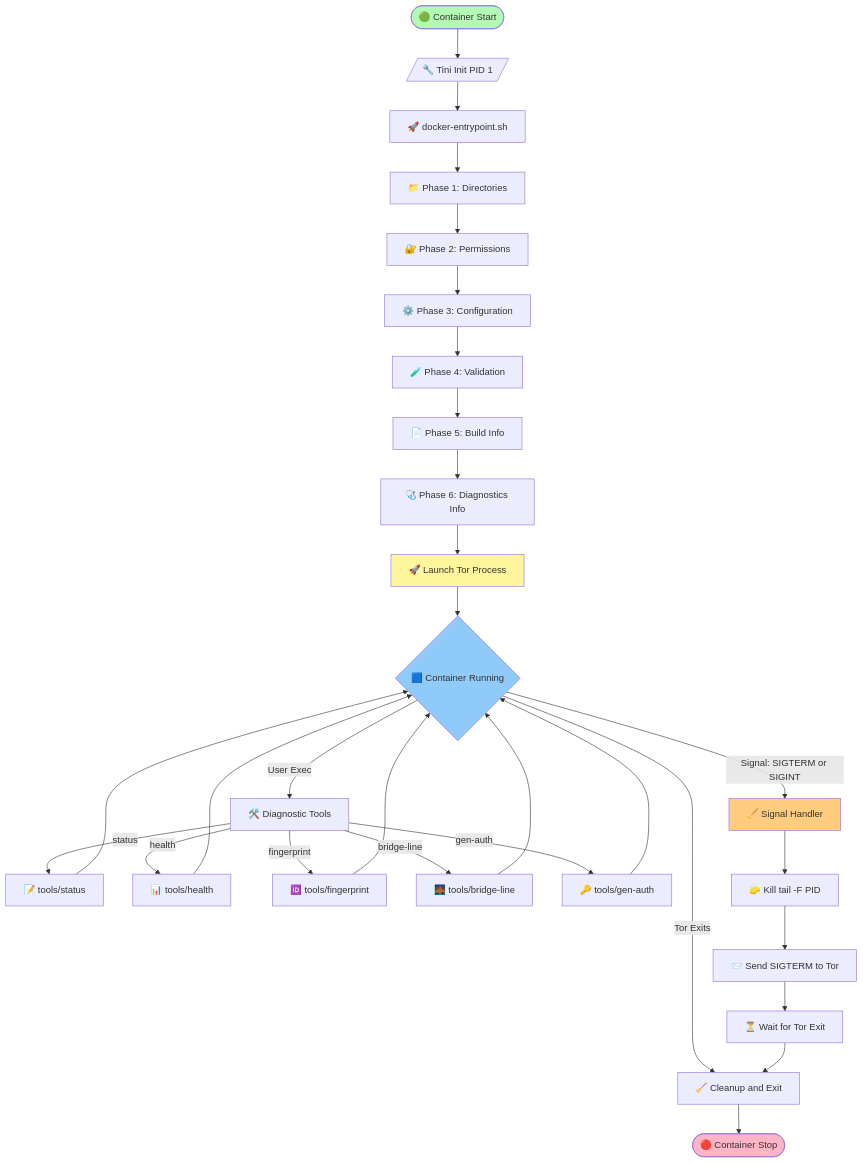
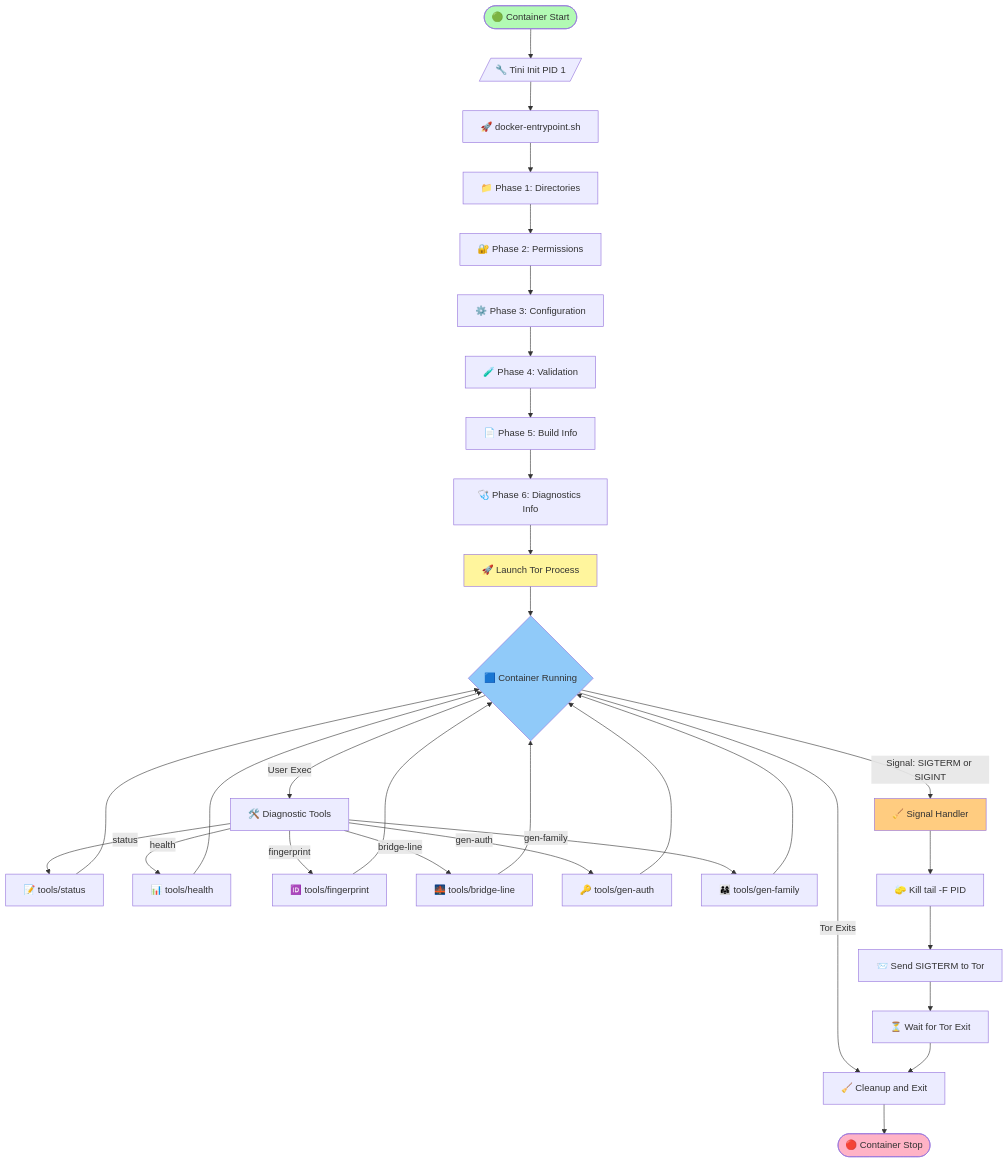
Before and after one commit to r3bo0tbx1/tor-guard-relay: the first of 13 diagrams in docs/ARCHITECTURE.md, drawn with Mermaid. The commit also changed other lines of this file and 38 other files, not shown here.

````diff
--- a/docs/ARCHITECTURE.md
+++ b/docs/ARCHITECTURE.md
@@ -37,43 +37,45 @@
 ```mermaid
 flowchart TD
     Start([🟢 Container Start]) --> Tini[/🔧 Tini Init PID 1/]
     Tini --> Entrypoint[🚀 docker-entrypoint.sh]
 
     Entrypoint --> Phase1[📁 Phase 1: Directories]
     Phase1 --> Phase2[🔐 Phase 2: Permissions]
     Phase2 --> Phase3[⚙️ Phase 3: Configuration]
     Phase3 --> Phase4[🧪 Phase 4: Validation]
     Phase4 --> Phase5[📄 Phase 5: Build Info]
     Phase5 --> Phase6[🩺 Phase 6: Diagnostics Info]
     Phase6 --> TorStart[🚀 Launch Tor Process]
 
     TorStart --> Running{🟦 Container Running}
 
     Running -->|Signal: SIGTERM or SIGINT| Trap[🧹 Signal Handler]
     Running -->|Tor Exits| Cleanup
     Running -->|User Exec| DiagTools[🛠️ Diagnostic Tools]
 
     DiagTools -->|status| StatusTool[📝 tools/status]
     DiagTools -->|health| HealthTool[📊 tools/health]
     DiagTools -->|fingerprint| FingerprintTool[🆔 tools/fingerprint]
     DiagTools -->|bridge-line| BridgeTool[🌉 tools/bridge-line]
     DiagTools -->|gen-auth| GenAuthTool[🔑 tools/gen-auth]
+    DiagTools -->|gen-family| GenFamilyTool[👨‍👩‍👧 tools/gen-family]
 
     StatusTool --> Running
     HealthTool --> Running
     FingerprintTool --> Running
     BridgeTool --> Running
     GenAuthTool --> Running
+    GenFamilyTool --> Running
 
     Trap --> StopTail[🧽 Kill tail -F PID]
     StopTail --> StopTor[📨 Send SIGTERM to Tor]
     StopTor --> Wait[⏳ Wait for Tor Exit]
     Wait --> Cleanup[🧹 Cleanup and Exit]
     Cleanup --> End([🔴 Container Stop])
 
     style Start fill:#b2fab4
     style End fill:#ffb3c6
     style Running fill:#90caf9
     style TorStart fill:#fff59d
     style Trap fill:#ffcc80
 ```
````
